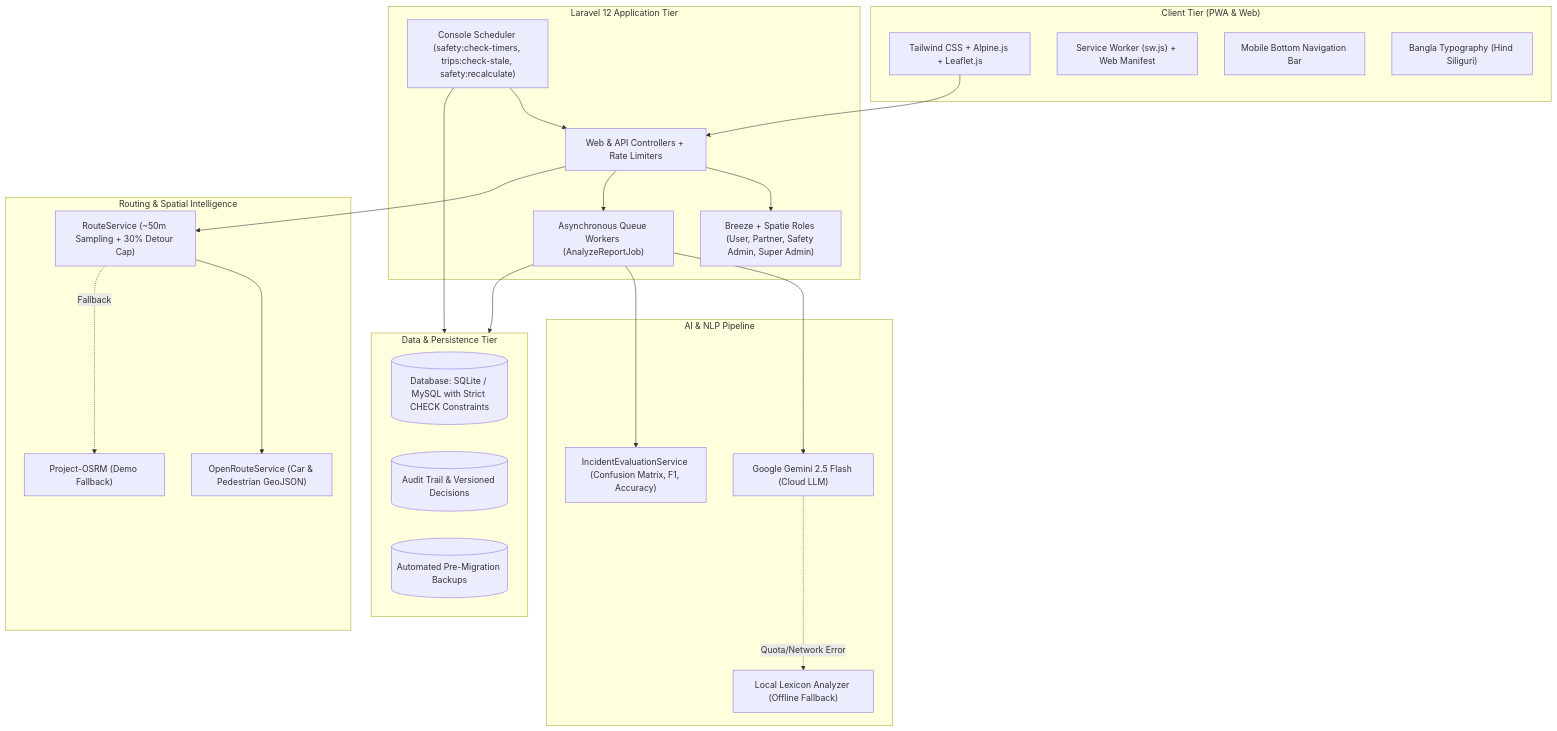
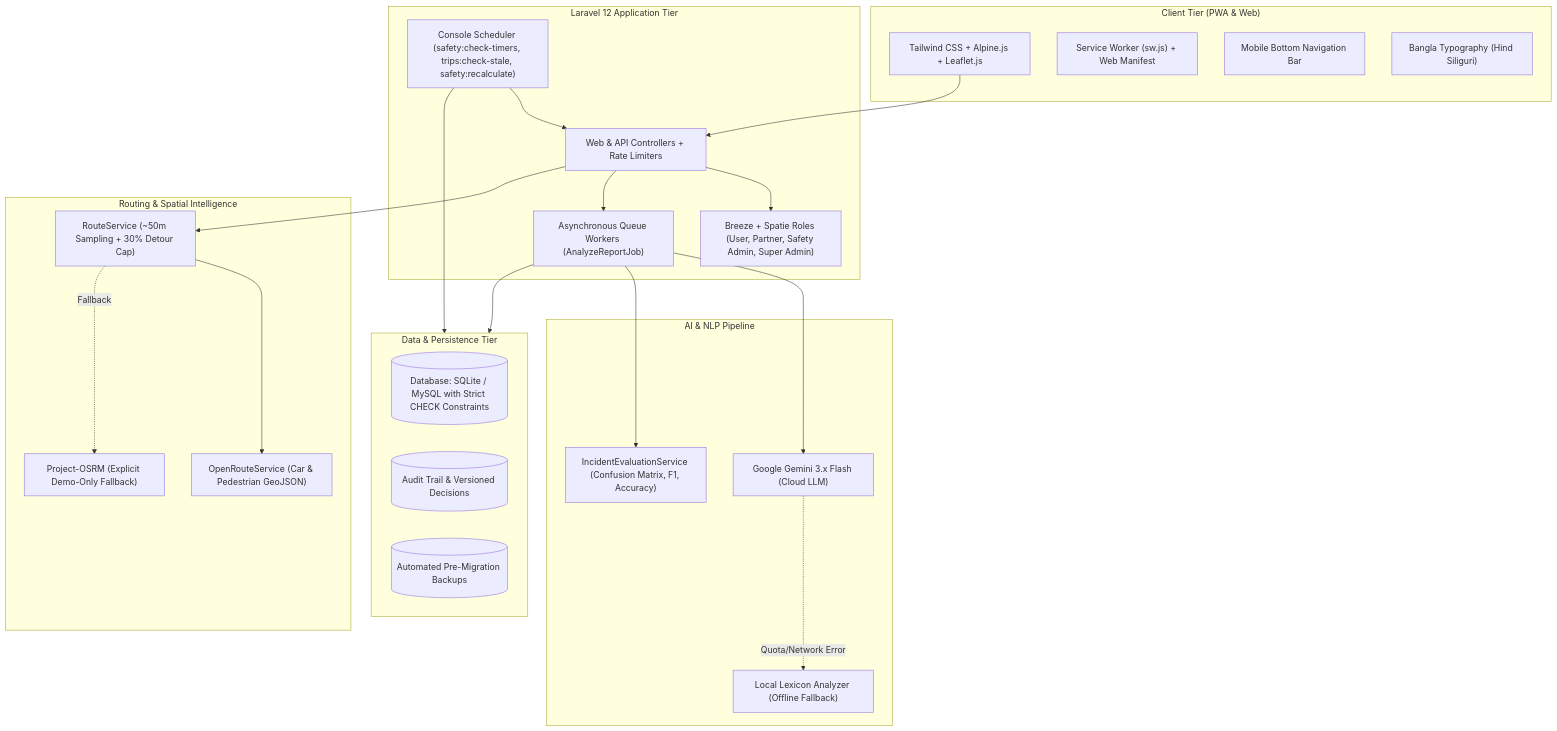
Before and after one commit to mahmud2305341525-dot/nightlifebd: the first of 3 diagrams in README.md, drawn with Mermaid. The commit also changed other lines of this file and 107 other files, not shown here.

````diff
--- a/README.md
+++ b/README.md
@@ -15,47 +15,47 @@
 ```mermaid
 flowchart TD
     subgraph Client["Client Tier (PWA & Web)"]
         UI["Tailwind CSS + Alpine.js + Leaflet.js"]
         PWA["Service Worker (sw.js) + Web Manifest"]
         MobileNav["Mobile Bottom Navigation Bar"]
         BanglaFont["Bangla Typography (Hind Siliguri)"]
     end
 
     subgraph AppTier["Laravel 12 Application Tier"]
         Auth["Breeze + Spatie Roles (User, Partner, Safety Admin, Super Admin)"]
         Rtr["Web & API Controllers + Rate Limiters"]
         Jobs["Asynchronous Queue Workers (AnalyzeReportJob)"]
         Cron["Console Scheduler (safety:check-timers, trips:check-stale, safety:recalculate)"]
     end
 
     subgraph AIService["AI & NLP Pipeline"]
-        Gemini["Google Gemini 2.5 Flash (Cloud LLM)"]
+        Gemini["Google Gemini 3.x Flash (Cloud LLM)"]
         Local["Local Lexicon Analyzer (Offline Fallback)"]
         Eval["IncidentEvaluationService (Confusion Matrix, F1, Accuracy)"]
     end
 
     subgraph RoutingEngine["Routing & Spatial Intelligence"]
         ORS["OpenRouteService (Car & Pedestrian GeoJSON)"]
-        OSRM["Project-OSRM (Demo Fallback)"]
+        OSRM["Project-OSRM (Explicit Demo-Only Fallback)"]
         RouteScore["RouteService (~50m Sampling + 30% Detour Cap)"]
     end
 
     subgraph StorageTier["Data & Persistence Tier"]
         DB[(Database: SQLite / MySQL with Strict CHECK Constraints)]
         AuditLog[(Audit Trail & Versioned Decisions)]
         Backups[(Automated Pre-Migration Backups)]
     end
 
     UI --> Rtr
     Rtr --> Auth
     Rtr --> Jobs
     Jobs --> Gemini
     Gemini -.->|Quota/Network Error| Local
     Jobs --> StorageTier
     Rtr --> RouteScore
     RouteScore --> ORS
     RouteScore -.->|Fallback| OSRM
     Cron --> StorageTier
     Cron --> Rtr
     Jobs --> Eval
 ```
````
